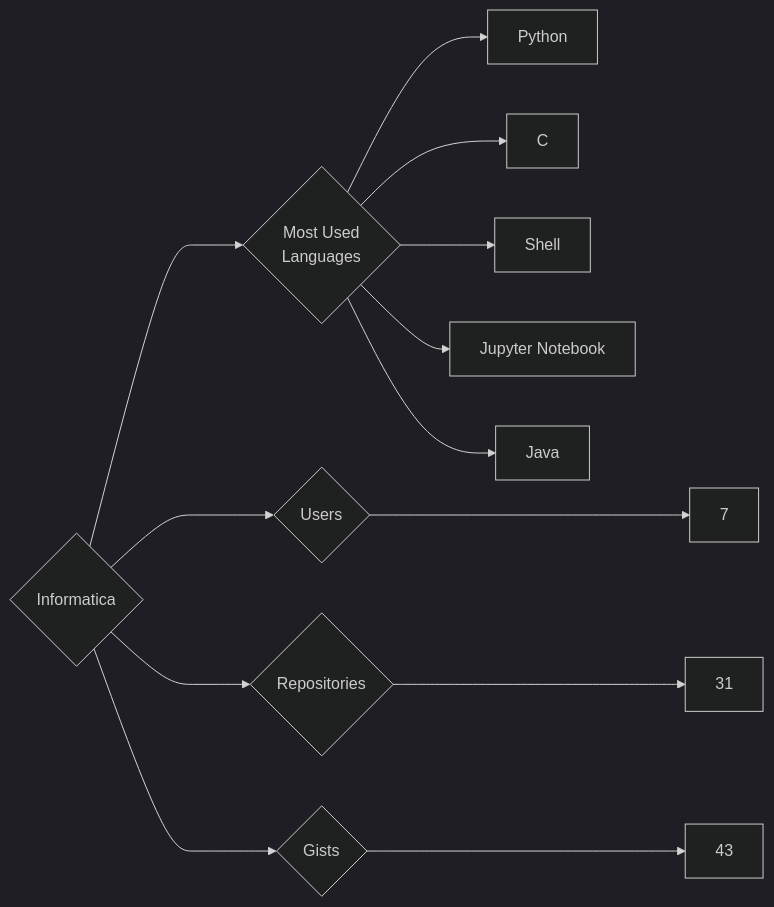
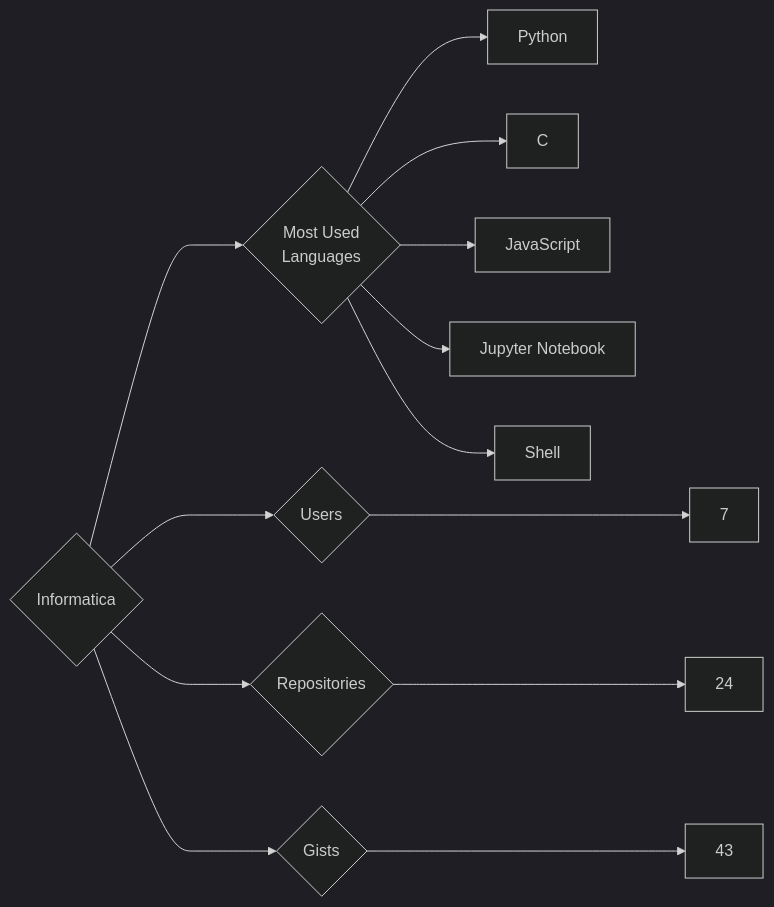
The diagram in targets/Informatica/README.md (trickest/insiders), drawn with Mermaid (dark theme) before and after one commit. The commit also changed 993 other files, not shown here.

````diff
--- a/targets/Informatica/README.md
+++ b/targets/Informatica/README.md
@@ -3,13 +3,13 @@
 ```mermaid
 graph LR
 COMPANY_NAME{Informatica}
 COMPANY_NAME ---> U{Users} ---> UN[7]
-COMPANY_NAME ---> R{Repositories} ---> RN[31]
+COMPANY_NAME ---> R{Repositories} ---> RN[24]
 COMPANY_NAME ---> G{Gists} ---> GN[43]
 COMPANY_NAME ---> ML{Most Used<br>Languages}
 ML --> Python[Python]
 ML --> C[C]
+ML --> JavaScript[JavaScript]
+ML --> Jupyter_Notebook[Jupyter Notebook]
 ML --> Shell[Shell]
-ML --> Jupyter_Notebook[Jupyter Notebook]
-ML --> Java[Java]
 ```
````
